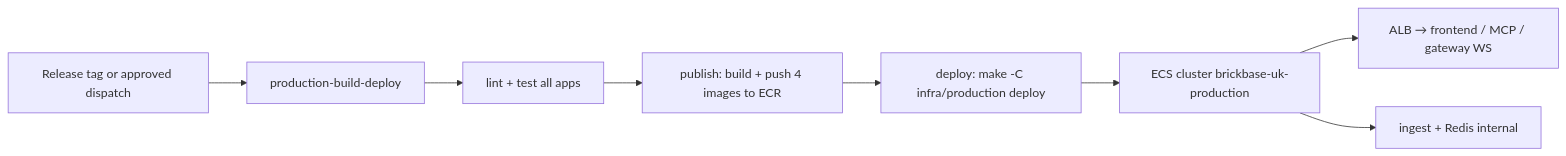
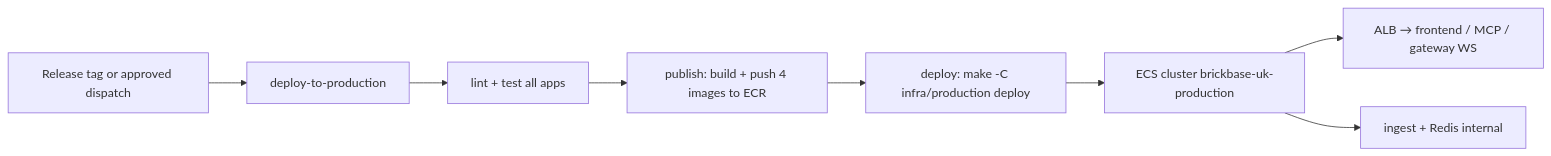
Before and after one commit to simonroope/brickbase: the first of 3 diagrams in docs/prd/prd-build-prod-env.md, drawn with Mermaid. The commit also changed other lines of this file and 3 other files, not shown here.

````diff
--- a/docs/prd/prd-build-prod-env.md
+++ b/docs/prd/prd-build-prod-env.md
@@ -106,10 +106,10 @@
 ```mermaid
 flowchart LR
-  A[Release tag or approved dispatch] --> B[production-build-deploy]
+  A[Release tag or approved dispatch] --> B[deploy-to-production]
   B --> C[lint + test all apps]
   C --> D[publish: build + push 4 images to ECR]
   D --> E[deploy: make -C infra/production deploy]
   E --> F[ECS cluster brickbase-uk-production]
   F --> G[ALB → frontend / MCP / gateway WS]
   F --> H[ingest + Redis internal]
 ```
````
